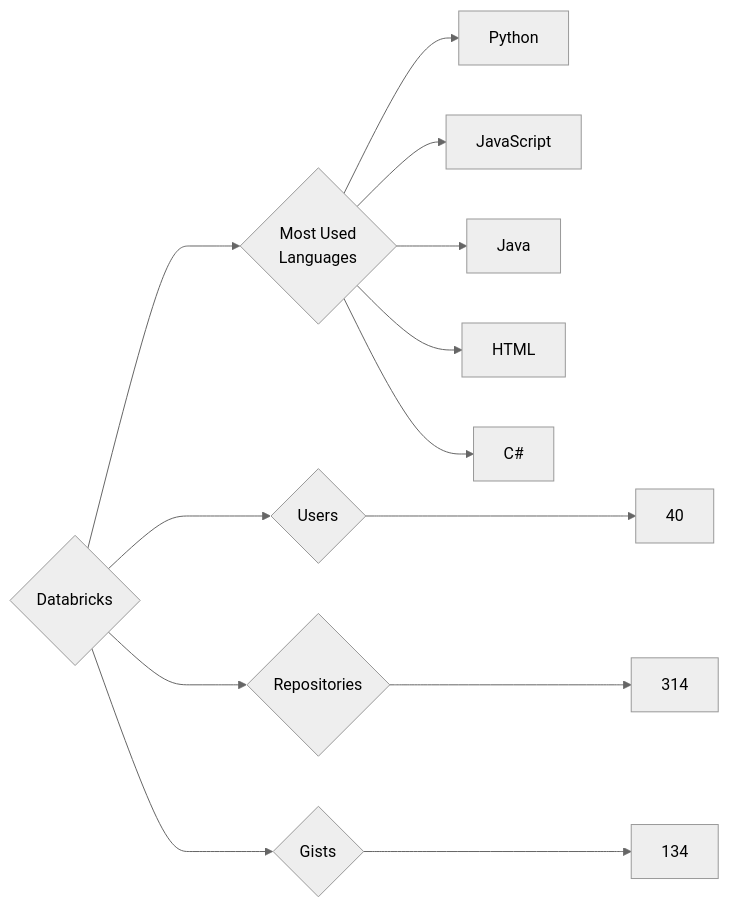
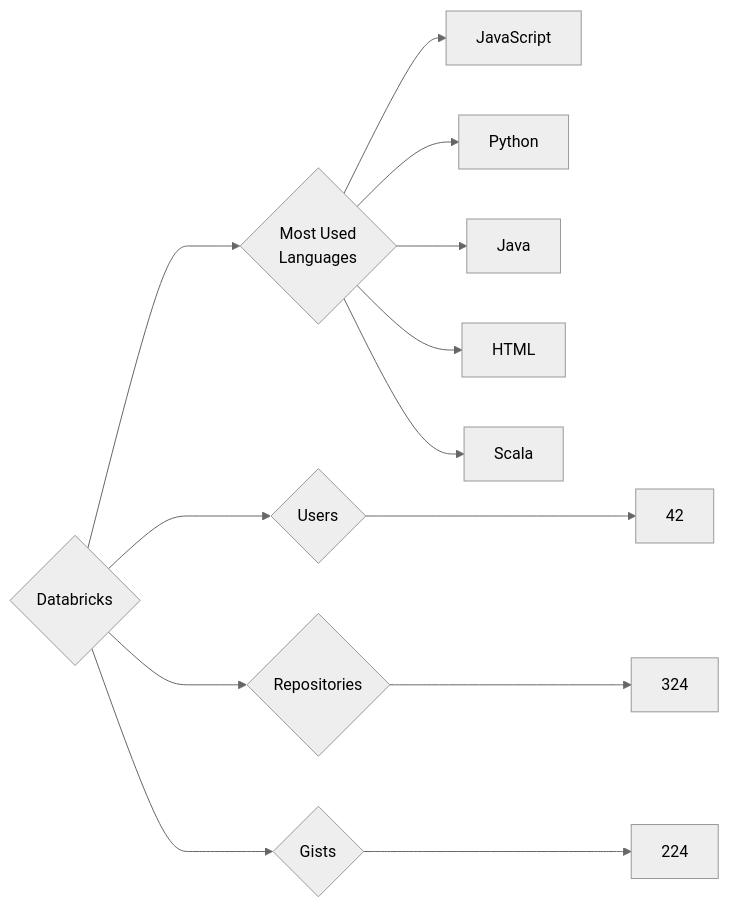
One commit to trickest/insiders changed the diagram in targets/Databricks/README.md. Above: the diagram before and after it, drawn with Mermaid (neutral theme). The commit also changed 833 other files, not shown here.

````diff
--- a/targets/Databricks/README.md
+++ b/targets/Databricks/README.md
@@ -3,13 +3,13 @@
 ```mermaid
 graph LR
 COMPANY_NAME{Databricks}
-COMPANY_NAME ---> U{Users} ---> UN[40]
-COMPANY_NAME ---> R{Repositories} ---> RN[314]
-COMPANY_NAME ---> G{Gists} ---> GN[134]
+COMPANY_NAME ---> U{Users} ---> UN[42]
+COMPANY_NAME ---> R{Repositories} ---> RN[324]
+COMPANY_NAME ---> G{Gists} ---> GN[224]
 COMPANY_NAME ---> ML{Most Used<br>Languages}
+ML --> JavaScript[JavaScript]
 ML --> Python[Python]
-ML --> JavaScript[JavaScript]
 ML --> Java[Java]
 ML --> HTML[HTML]
-ML --> C#[C#]
+ML --> Scala[Scala]
 ```
````
